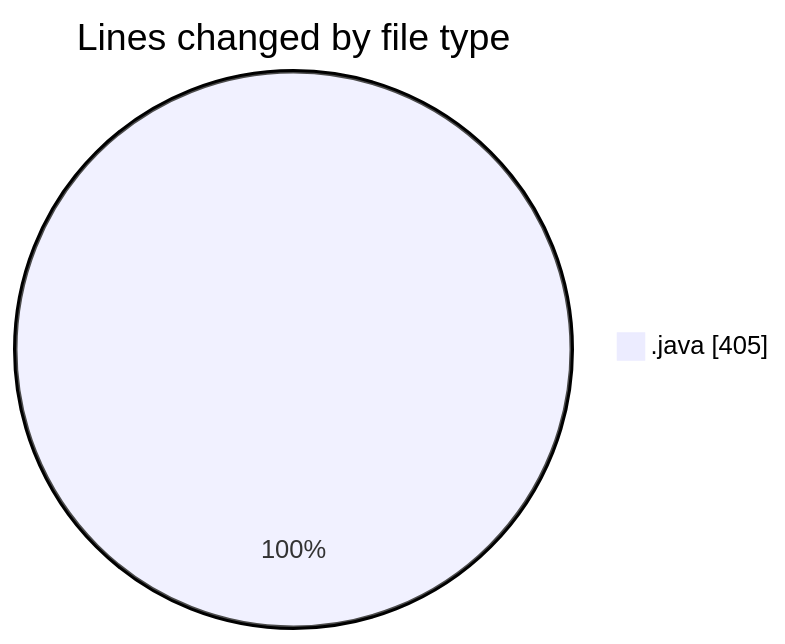
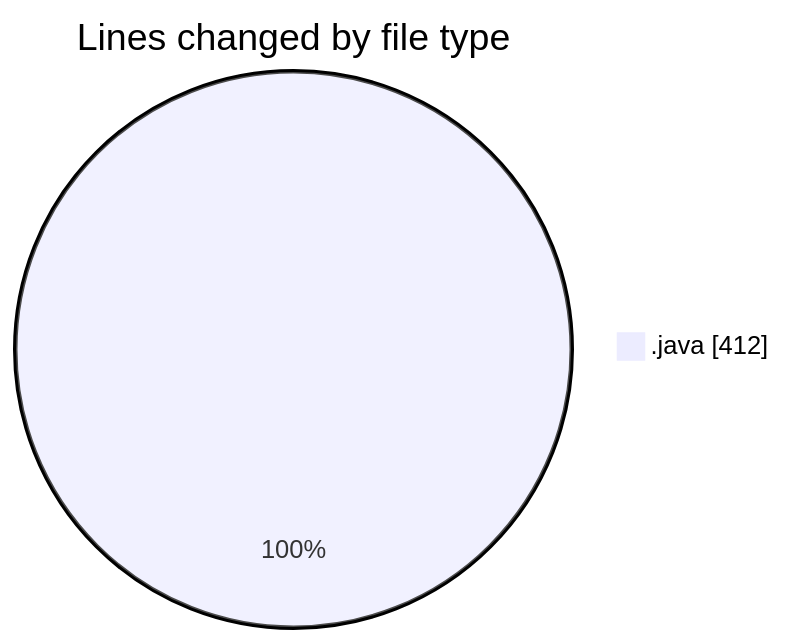
The first of 2 diagrams in 2026-02-26/cilapp/README.md (ricardozamudiocil/code-tracking), drawn with Mermaid before and after one commit. The commit also changed other lines of this file and 1 other file, not shown here.

````diff
--- a/2026-02-26/cilapp/README.md
+++ b/2026-02-26/cilapp/README.md
@@ -22,5 +22,5 @@
 ```mermaid
 pie showData
 title Lines changed by file type
-".java" : 405
+".java" : 412
 ```
````
